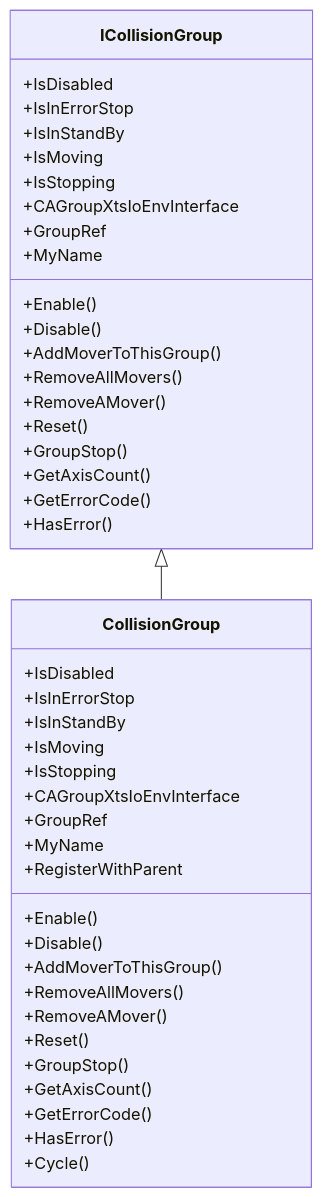
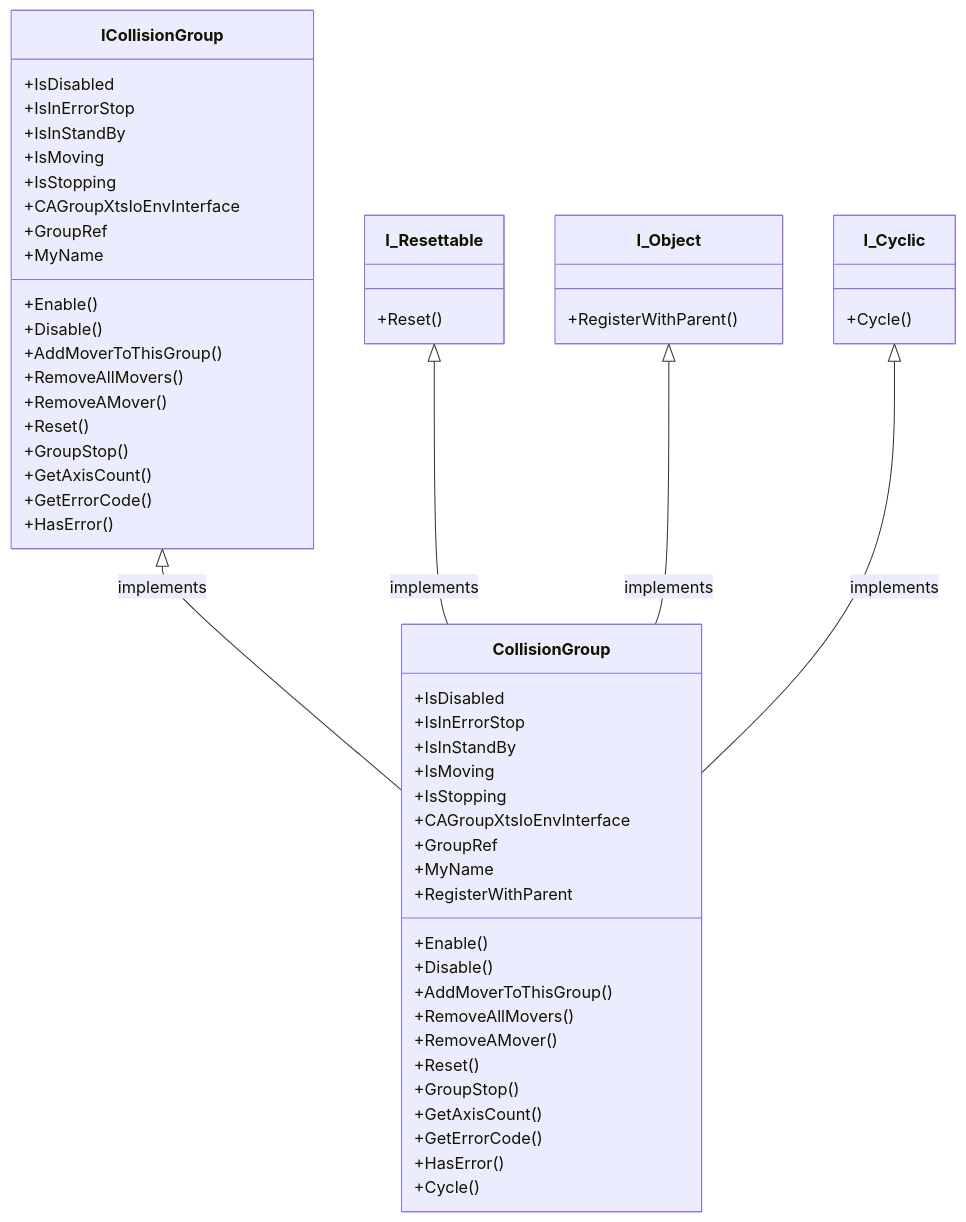
The diagram in docs/docs/Collision Avoidance/Collision Avoidance Overview.md (chris-k84/Xts_Library), drawn with Mermaid before and after one commit.

Commit message:
fixed diagram with all interfaces

````diff
--- a/docs/docs/Collision Avoidance/Collision Avoidance Overview.md
+++ b/docs/docs/Collision Avoidance/Collision Avoidance Overview.md
@@ -7,49 +7,63 @@
 ```mermaid
 
 classDiagram
     class CollisionGroup{
         +Enable()
         +Disable()
         +AddMoverToThisGroup()
         +RemoveAllMovers()
         +RemoveAMover()
         +Reset()
         +GroupStop()
         +GetAxisCount()
         +GetErrorCode()
         +HasError()
         +IsDisabled
         +IsInErrorStop
         +IsInStandBy
         +IsMoving
         +IsStopping
         +CAGroupXtsIoEnvInterface
         +Cycle()
         +GroupRef
         +MyName
         +RegisterWithParent
     }
 
     class ICollisionGroup{
         +Enable()
         +Disable()
         +AddMoverToThisGroup()
         +RemoveAllMovers()
         +RemoveAMover()
         +Reset()
         +GroupStop()
         +GetAxisCount()
         +GetErrorCode()
         +HasError()
         +IsDisabled
         +IsInErrorStop
         +IsInStandBy
         +IsMoving
         +IsStopping
         +CAGroupXtsIoEnvInterface
         +GroupRef
         +MyName
     }
 
-    ICollisionGroup <|-- CollisionGroup
+    class I_Cyclic{
+        +Cycle()
+    }
+
+    class I_Resettable{
+        +Reset()
+    }
+    class I_Object{
+        +RegisterWithParent()
+    }
+
+    ICollisionGroup <|-- CollisionGroup : implements
+    I_Resettable <|-- CollisionGroup : implements
+    I_Object <|-- CollisionGroup : implements
+    I_Cyclic <|-- CollisionGroup : implements
 ```
````
